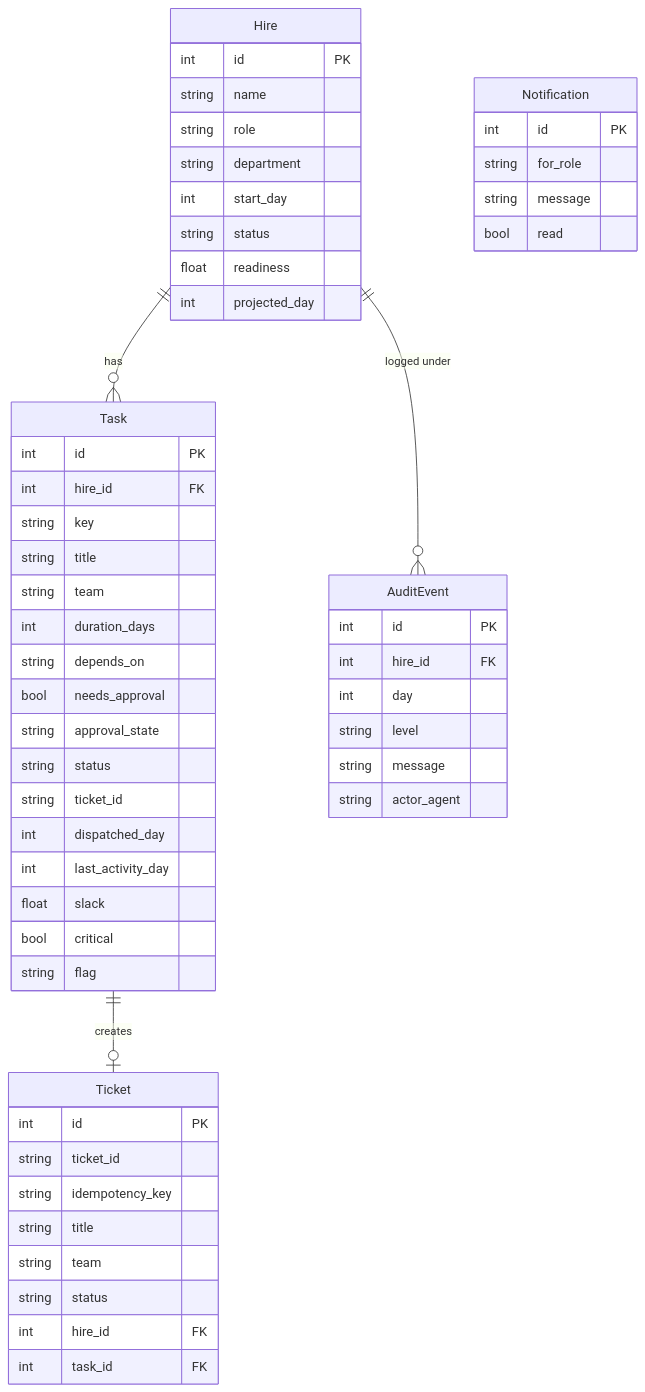
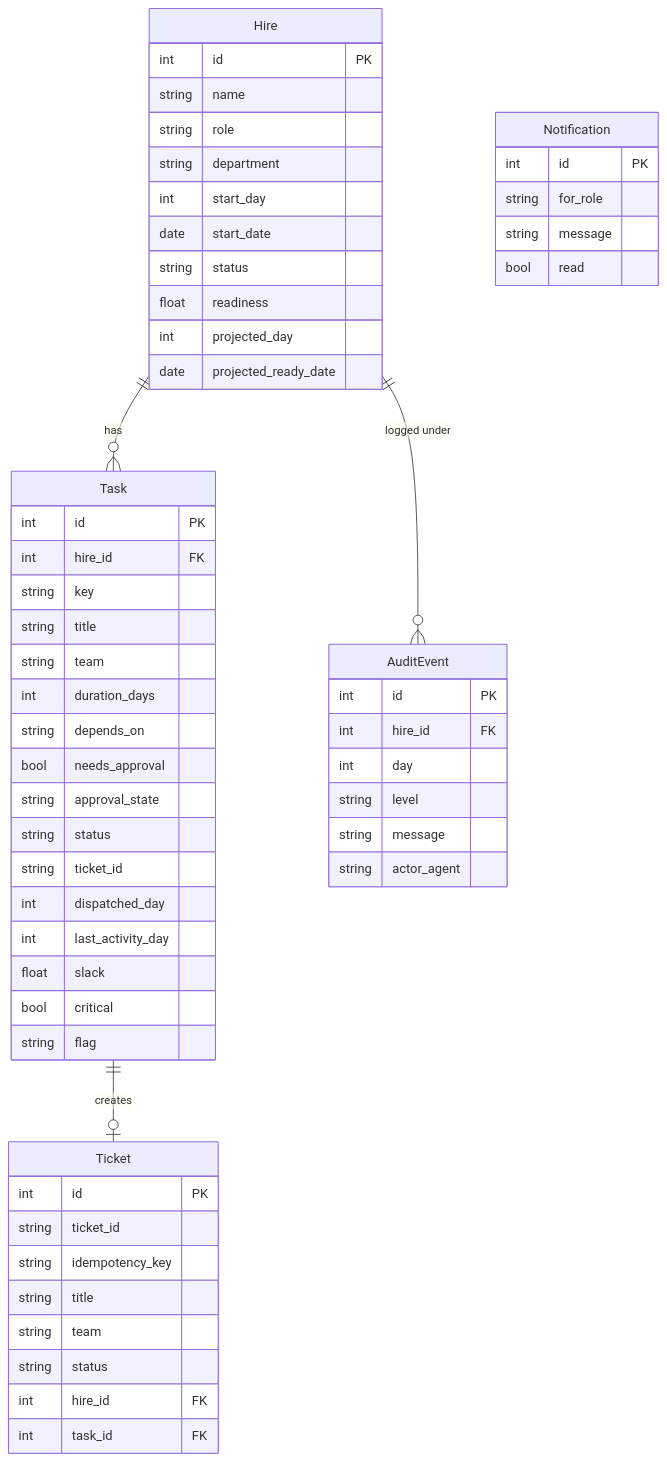
The third of 6 diagrams in docs/ARCHITECTURE.md (KarunagaranMK/task-agent), drawn with Mermaid before and after one commit. The commit also changed 147 other files, not shown here.

````diff
--- a/docs/ARCHITECTURE.md
+++ b/docs/ARCHITECTURE.md
@@ -107,58 +107,60 @@
 ```mermaid
 erDiagram
     Hire {
         int id PK
         string name
         string role
         string department
         int start_day
+        date start_date
         string status
         float readiness
         int projected_day
+        date projected_ready_date
     }
     Task {
         int id PK
         int hire_id FK
         string key
         string title
         string team
         int duration_days
         string depends_on
         bool needs_approval
         string approval_state
         string status
         string ticket_id
         int dispatched_day
         int last_activity_day
         float slack
         bool critical
         string flag
     }
     Ticket {
         int id PK
         string ticket_id
         string idempotency_key
         string title
         string team
         string status
         int hire_id FK
         int task_id FK
     }
     AuditEvent {
         int id PK
         int hire_id FK
         int day
         string level
         string message
         string actor_agent
     }
     Notification {
         int id PK
         string for_role
         string message
         bool read
     }
     Hire ||--o{ Task : "has"
     Task ||--o| Ticket : "creates"
     Hire ||--o{ AuditEvent : "logged under"
 ```
````
